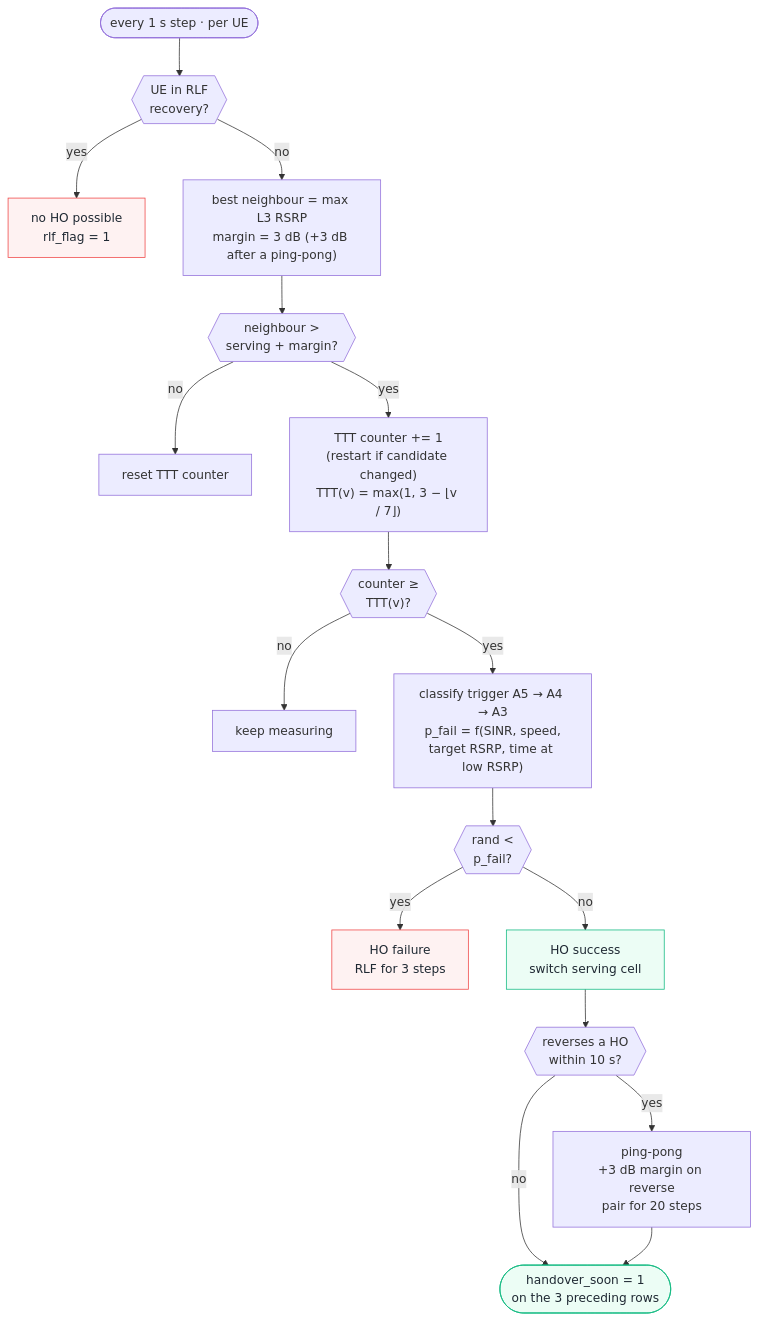
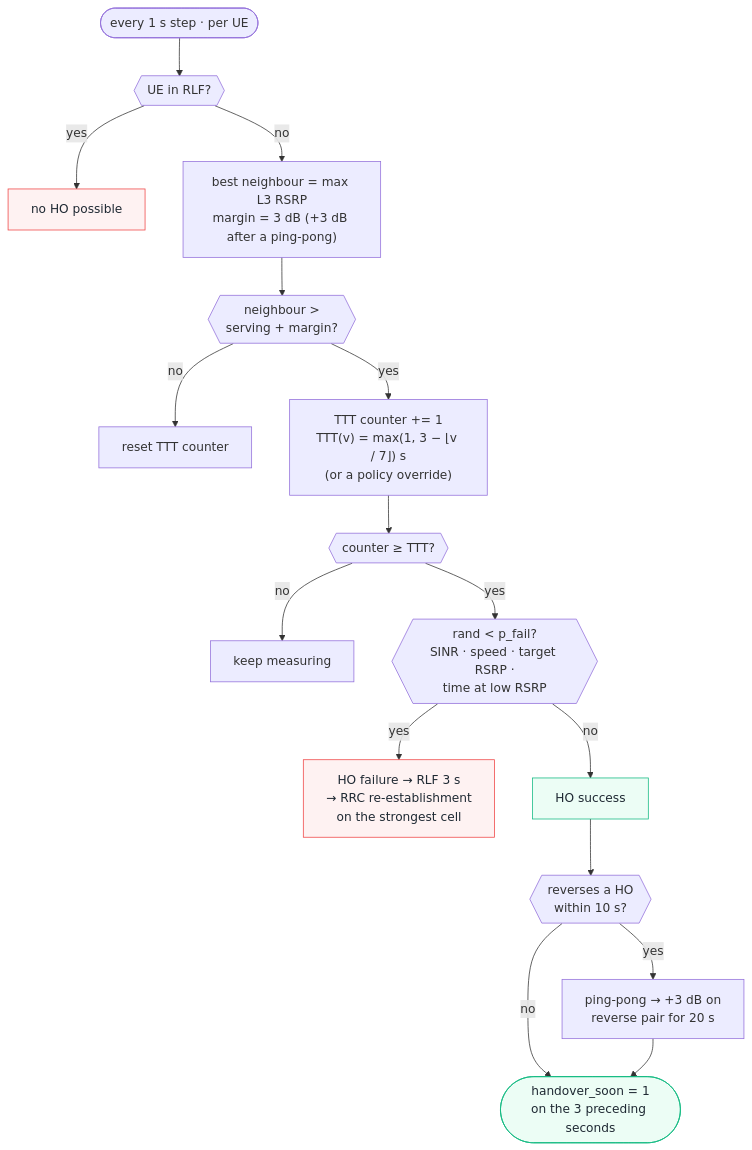
One commit to SouhailBourhim/Intelligent-Handover-Prediction-LTE changed the second of 4 diagrams in README.md. Above: the diagram before and after it, drawn with Mermaid. The commit also changed other lines of this file and 17 other files, not shown here.

````diff
--- a/README.md
+++ b/README.md
@@ -146,24 +146,23 @@
 ```mermaid
 flowchart TD
-    A(["every 1 s step · per UE"]) --> R{{"UE in RLF<br/>recovery?"}}
-    R -- yes --> SKIP["no HO possible<br/>rlf_flag = 1"]
+    A(["every 1 s step · per UE"]) --> R{{"UE in RLF?"}}
+    R -- yes --> SKIP["no HO possible"]
     R -- no --> N["best neighbour = max L3 RSRP<br/>margin = 3 dB (+3 dB after a ping-pong)"]
     N --> C{{"neighbour &gt;<br/>serving + margin?"}}
     C -- no --> RESET["reset TTT counter"]
-    C -- yes --> CNT["TTT counter += 1<br/>(restart if candidate changed)<br/>TTT(v) = max(1, 3 − ⌊v / 7⌋)"]
-    CNT --> T{{"counter ≥<br/>TTT(v)?"}}
+    C -- yes --> CNT["TTT counter += 1<br/>TTT(v) = max(1, 3 − ⌊v / 7⌋) s<br/>(or a policy override)"]
+    CNT --> T{{"counter ≥ TTT?"}}
     T -- no --> WAIT["keep measuring"]
-    T -- yes --> CL["classify trigger A5 → A4 → A3<br/>p_fail = f(SINR, speed,<br/>target RSRP, time at low RSRP)"]
-    CL --> F{{"rand &lt;<br/>p_fail?"}}
-    F -- yes --> RLF["HO failure<br/>RLF for 3 steps"]
-    F -- no --> OK["HO success<br/>switch serving cell"]
+    T -- yes --> F{{"rand &lt; p_fail?<br/>SINR · speed · target RSRP ·<br/>time at low RSRP"}}
+    F -- yes --> RLF["HO failure → RLF 3 s<br/>→ RRC re-establishment<br/>on the strongest cell"]
+    F -- no --> OK["HO success"]
     OK --> PP{{"reverses a HO<br/>within 10 s?"}}
-    PP -- yes --> HY["ping-pong<br/>+3 dB margin on reverse<br/>pair for 20 steps"]
-    PP -- no --> DONE(["handover_soon = 1<br/>on the 3 preceding rows"])
+    PP -- yes --> HY["ping-pong → +3 dB on<br/>reverse pair for 20 s"]
+    PP -- no --> DONE(["handover_soon = 1<br/>on the 3 preceding seconds"])
     HY --> DONE
 
     classDef bad fill:#fef2f2,stroke:#ef4444,color:#1f2933
     classDef good fill:#ecfdf5,stroke:#10b981,color:#1f2933
     class RLF,SKIP bad
     class OK,DONE good
 ```
````
